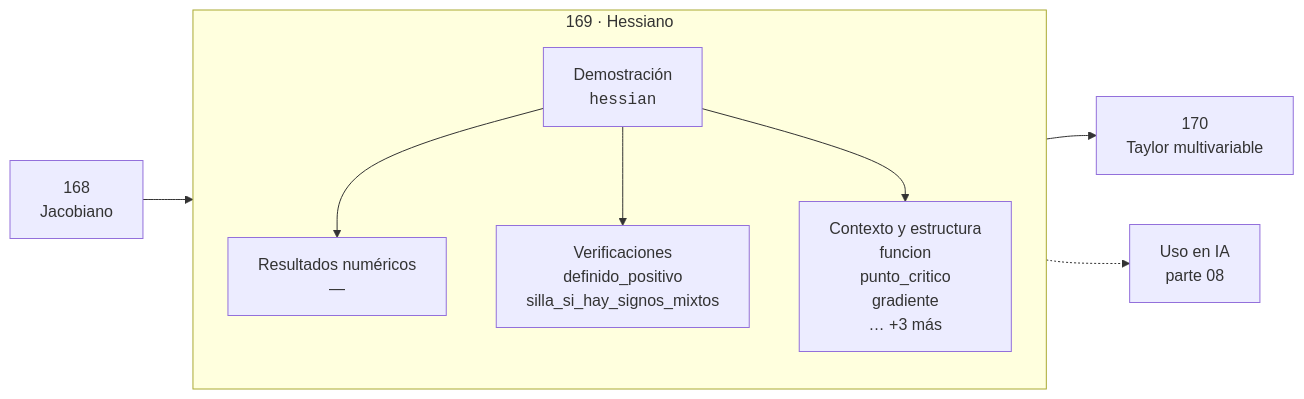
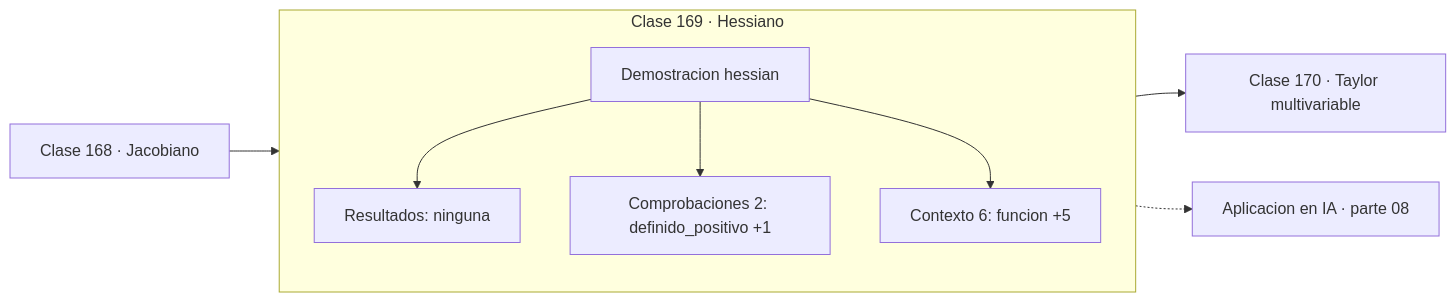
One commit to vladimiracunadev-create/computational-mathematics-program changed the diagram in classes/part-08-calculo-multivariable-matricial-y-autodiferenciacion/169-hessiano/README.md. Above: the diagram before and after it, drawn with Mermaid. The commit also changed 389 other files, not shown here.

First line of the commit message:
fix(diagramas): elimina el HTML de las etiquetas Mermaid

````diff
--- a/classes/part-08-calculo-multivariable-matricial-y-autodiferenciacion/169-hessiano/README.md
+++ b/classes/part-08-calculo-multivariable-matricial-y-autodiferenciacion/169-hessiano/README.md
@@ -30,12 +30,13 @@
 ```mermaid
 flowchart LR
-    P["168<br/>Jacobiano"] --> C
-    subgraph C["169 · Hessiano"]
+    P["Clase 168 · Jacobiano"] --> D
+    subgraph CLASE["Clase 169 · Hessiano"]
         direction TB
-        D["Demostración<br/><code>hessian</code>"] --> R["Resultados numéricos<br/>—"]
-        D --> V["Verificaciones<br/>definido_positivo<br/>silla_si_hay_signos_mixtos"]
-        D --> O["Contexto y estructura<br/>funcion<br/>punto_critico<br/>gradiente<br/>… +3 más"]
+        D["Demostracion hessian"]
+        D --> R["Resultados: ninguna"]
+        D --> V["Comprobaciones 2: definido_positivo +1"]
+        D --> O["Contexto 6: funcion +5"]
     end
-    C --> N["170<br/>Taylor multivariable"]
-    C -.-> IA["Uso en IA<br/>parte 08"]
+    R --> N["Clase 170 · Taylor multivariable"]
+    V -.-> IA["Aplicacion en IA · parte 08"]
 ```
````
